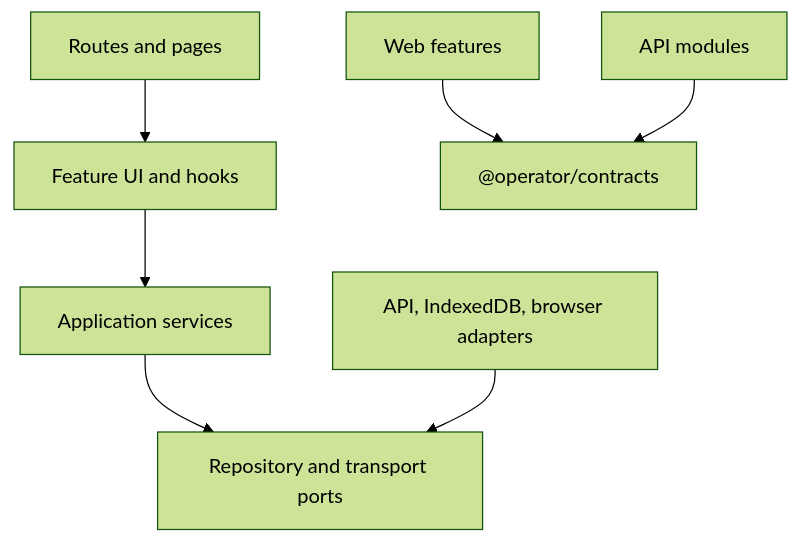
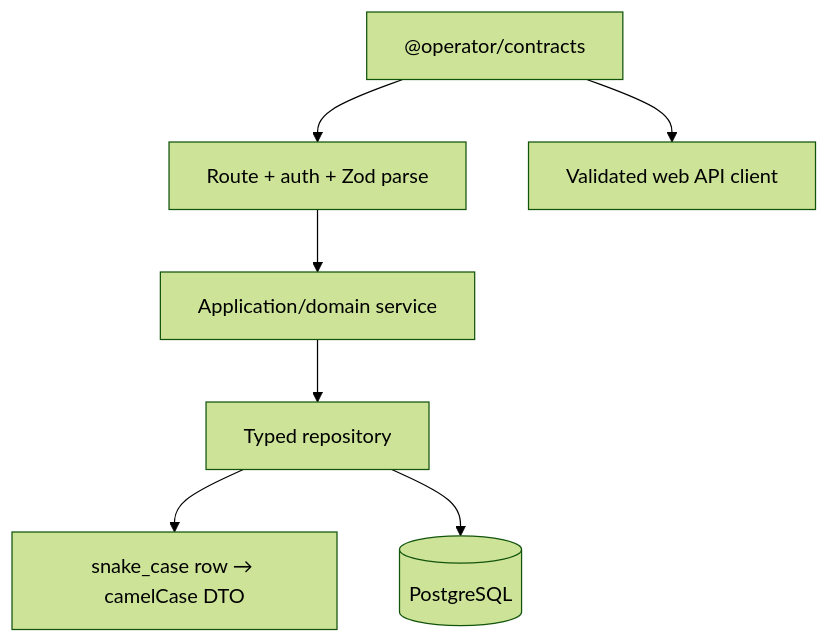
The second of 2 diagrams in docs/system_architecture.md (myudak/compos), drawn with Mermaid (forest theme) before and after one commit. The commit also changed other lines of this file and 28 other files, not shown here.

````diff
--- a/docs/system_architecture.md
+++ b/docs/system_architecture.md
@@ -26,9 +39,9 @@
 ```mermaid
 flowchart TD
-  Pages["Routes and pages"] --> Features["Feature UI and hooks"]
-  Features --> Services["Application services"]
-  Services --> Ports["Repository and transport ports"]
-  Infra["API, IndexedDB, browser adapters"] --> Ports
-  WebContracts["Web features"] --> Contracts["@operator/contracts"]
-  ApiModules["API modules"] --> Contracts
+  Route["Route + auth + Zod parse"] --> Service["Application/domain service"]
+  Service --> Repo["Typed repository"]
+  Repo --> Mapper["snake_case row → camelCase DTO"]
+  Repo --> PG[(PostgreSQL)]
+  Contracts["@operator/contracts"] --> Route
+  Contracts --> Web["Validated web API client"]
 ```
````
